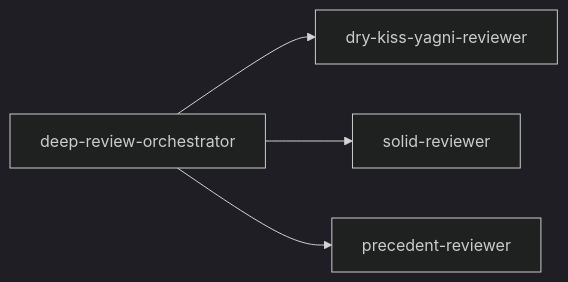
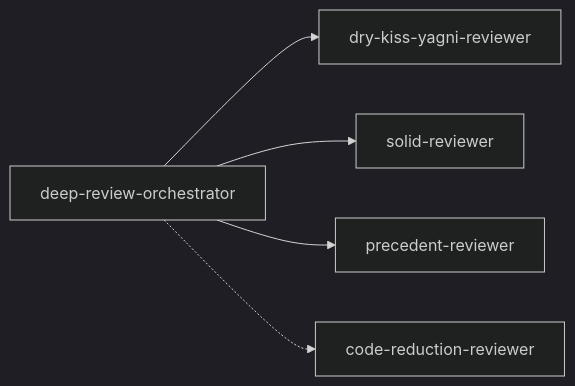
One commit to OstMutant/Advertisement changed the diagram in .claude/agents/review/README.md. Above: the diagram before and after it, drawn with Mermaid (dark theme). The commit also changed other lines of this file and 18 other files, not shown here.

Commit message:
feat(improvement-224): /optimize command with its helper script and the code-reduction-reviewer lens; deep-planner keeps to the goals and highlights instead of deciding; standing findings inventory

````diff
--- a/.claude/agents/review/README.md
+++ b/.claude/agents/review/README.md
@@ -24,6 +26,7 @@
 ```mermaid
 flowchart LR
     O[deep-review-orchestrator] --> D[dry-kiss-yagni-reviewer]
     O --> S[solid-reviewer]
     O --> P[precedent-reviewer]
+    O -.-> R[code-reduction-reviewer]
 ```
````
